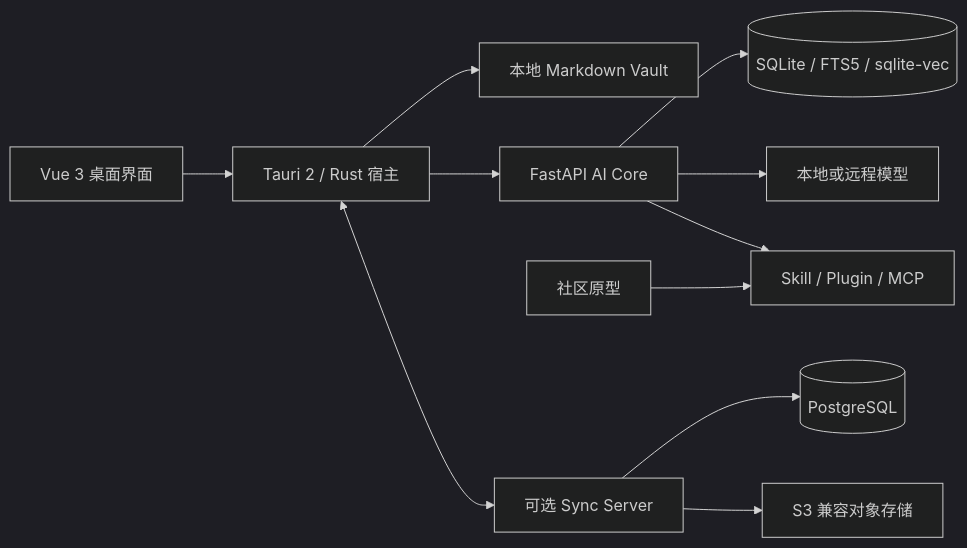
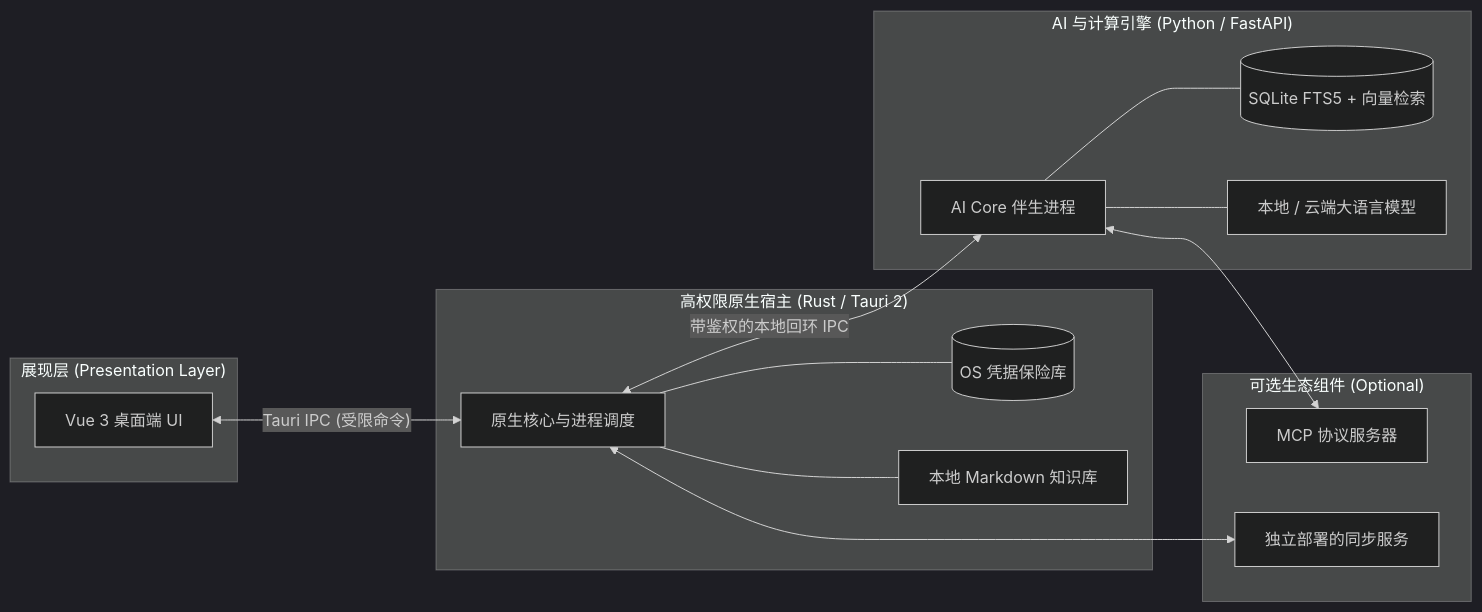
The third of 4 diagrams in README.zh-CN.md (KiriAky107/OpenNexus), drawn with Mermaid (dark theme) before and after one commit. The commit also changed other lines of this file, not shown here.

````diff
--- a/README.zh-CN.md
+++ b/README.zh-CN.md
@@ -175,13 +133,33 @@
 ```mermaid
 flowchart LR
-    UI[Vue 3 桌面界面] --> HOST[Tauri 2 / Rust 宿主]
-    HOST --> VAULT[本地 Markdown Vault]
-    HOST --> CORE[FastAPI AI Core]
-    CORE --> INDEX[(SQLite / FTS5 / sqlite-vec)]
-    CORE --> MODEL[本地或远程模型]
-    CORE --> EXT[Skill / Plugin / MCP]
-    HOST <--> SYNC[可选 Sync Server]
-    SYNC --> DB[(PostgreSQL)]
-    SYNC --> OBJ[S3 兼容对象存储]
-    COMMUNITY[社区原型] --> EXT
+    subgraph Frontend["展现层 (Presentation Layer)"]
+        UI[Vue 3 桌面端 UI]
+    end
+
+    subgraph Host["高权限原生宿主 (Rust / Tauri 2)"]
+        HOST[原生核心与进程调度]
+        CRED[(OS 凭据保险库)]
+        VAULT[本地 Markdown 知识库]
+    end
+
+    subgraph Core["AI 与计算引擎 (Python / FastAPI)"]
+        CORE[AI Core 伴生进程]
+        INDEX[(SQLite FTS5 + 向量检索)]
+        LLM[本地 / 云端大语言模型]
+    end
+
+    subgraph External["可选生态组件 (Optional)"]
+        MCP[MCP 协议服务器]
+        SYNC[独立部署的同步服务]
+    end
+
+    UI <-->|"Tauri IPC (受限命令)"| HOST
+    HOST <-->|"带鉴权的本地回环 IPC"| CORE
+    HOST --- CRED
+    HOST --- VAULT
+    CORE --- INDEX
+    CORE --- LLM
+    CORE <--> MCP
+    HOST <--> SYNC
+
 ```
````
